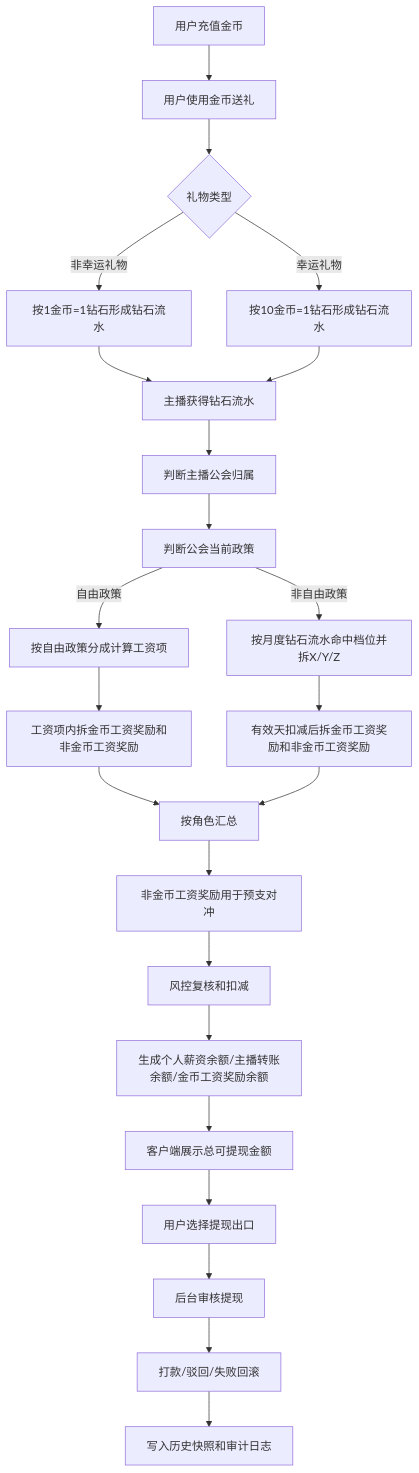
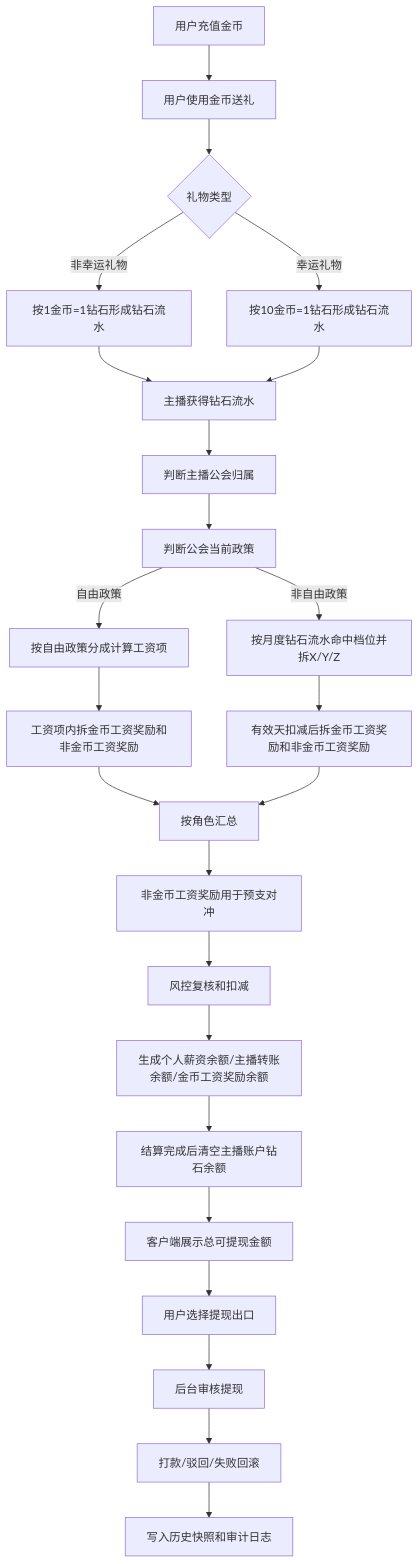
One commit to kocekid/TALO-Guild-Policy-Requirements changed the first of 15 diagrams in TALO公会政策_客户端后台需求文档PRD.md. Above: the diagram before and after it, drawn with Mermaid. The commit also changed other lines of this file and 12 other files, not shown here.

Commit message:
更新TALO公会政策需求文档与原型图

````diff
--- a/TALO公会政策_客户端后台需求文档PRD.md
+++ b/TALO公会政策_客户端后台需求文档PRD.md
@@ -80,25 +80,26 @@
 ```mermaid
 flowchart TD
     A[用户充值金币] --> B[用户使用金币送礼]
     B --> C{礼物类型}
     C -->|非幸运礼物| D[按1金币=1钻石形成钻石流水]
     C -->|幸运礼物| E[按10金币=1钻石形成钻石流水]
     D --> F[主播获得钻石流水]
     E --> F
     F --> G[判断主播公会归属]
     G --> H[判断公会当前政策]
     H -->|自由政策| I[按自由政策分成计算工资项]
     H -->|非自由政策| J[按月度钻石流水命中档位并拆X/Y/Z]
     I --> K[工资项内拆金币工资奖励和非金币工资奖励]
     J --> L[有效天扣减后拆金币工资奖励和非金币工资奖励]
     K --> M[按角色汇总]
     L --> M
     M --> N[非金币工资奖励用于预支对冲]
     N --> O[风控复核和扣减]
     O --> P[生成个人薪资余额/主播转账余额/金币工资奖励余额]
-    P --> Q[客户端展示总可提现金额]
+    P --> P1[结算完成后清空主播账户钻石余额]
+    P1 --> Q[客户端展示总可提现金额]
     Q --> R[用户选择提现出口]
     R --> S[后台审核提现]
     S --> T[打款/驳回/失败回滚]
     T --> U[写入历史快照和审计日志]
 ```
````
